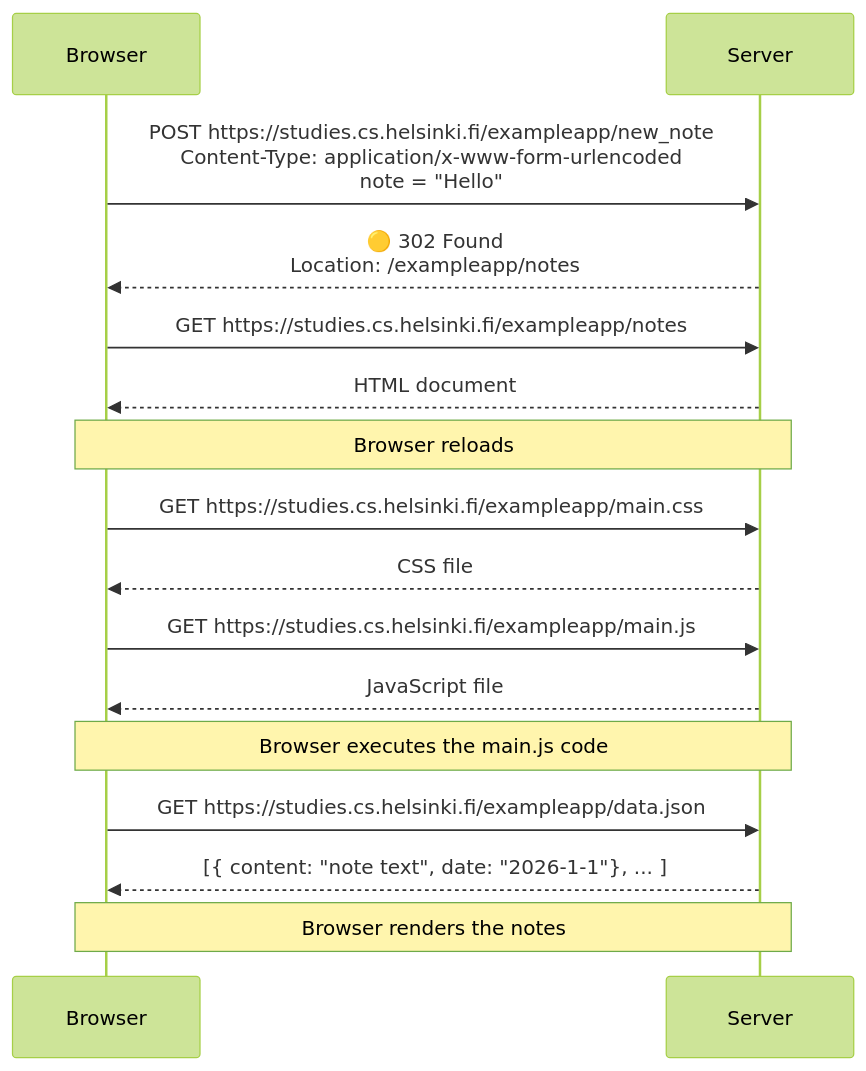
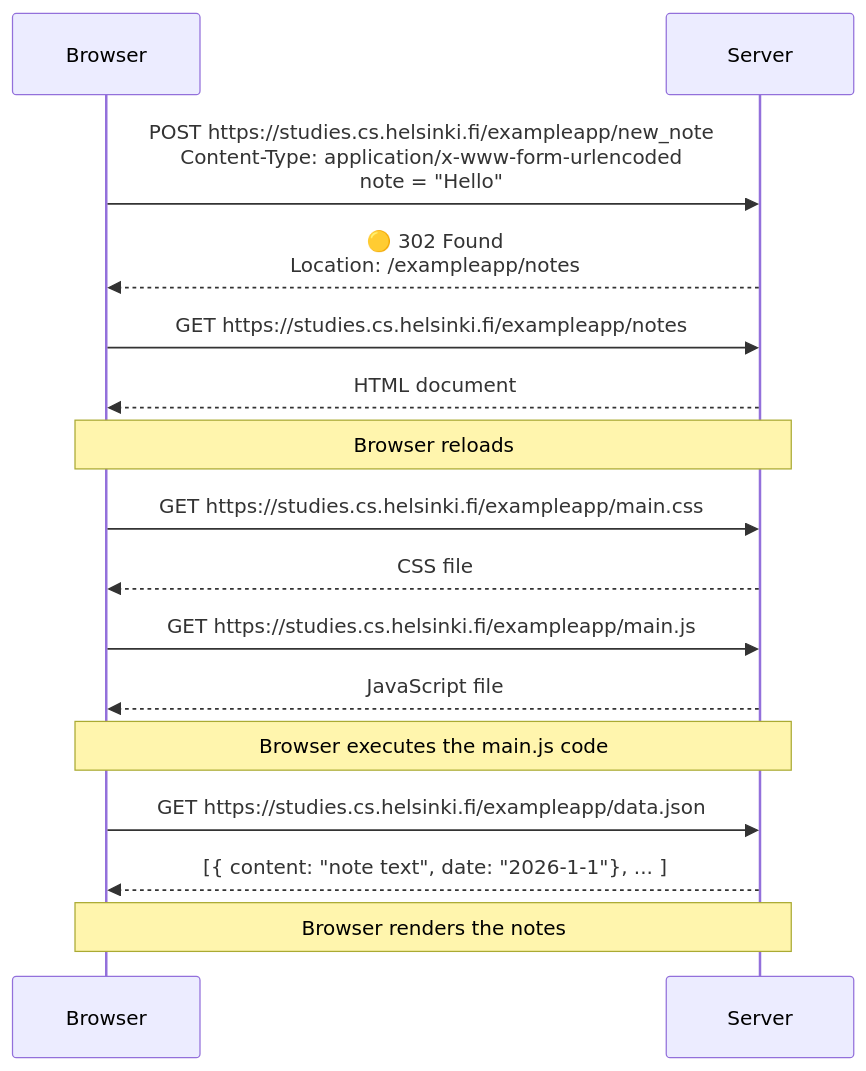
One commit to radiumfox/fullstackopen-submissions-part-0 changed the diagram in exercise-04/new-note.md. Above: the diagram before and after it, drawn with Mermaid.

Commit message:
fix: remove theme of new-note.md

````diff
--- a/exercise-04/new-note.md
+++ b/exercise-04/new-note.md
@@ -1,34 +1,28 @@
 ```mermaid
----
-config:
-    theme: forest
-    themeVariables:
-        background: "#ffffff"
----
 sequenceDiagram
     participant Browser
     participant Server
 
     Browser->>Server: POST https://studies.cs.helsinki.fi/exampleapp/new_note <br/> Content-Type: application/x-www-form-urlencoded <br/> note = "Hello"
 
     Server-->>Browser: 🟡 302 Found <br/> Location: /exampleapp/notes
 
     Browser->>Server: GET https://studies.cs.helsinki.fi/exampleapp/notes
 
     Server-->>Browser: HTML document
     Note over Browser,Server: Browser reloads
 
     Browser->>Server: GET https://studies.cs.helsinki.fi/exampleapp/main.css
     
     Server-->>Browser: CSS file
 
     Browser->>Server: GET https://studies.cs.helsinki.fi/exampleapp/main.js
 
     Server-->>Browser: JavaScript file
     Note over Browser,Server: Browser executes the main.js code
 
     Browser->>Server: GET https://studies.cs.helsinki.fi/exampleapp/data.json
 
     Server-->>Browser: [{ content: "note text", date: "2026-1-1"}, ... ]
     Note over Browser,Server: Browser renders the notes
 ```
````
